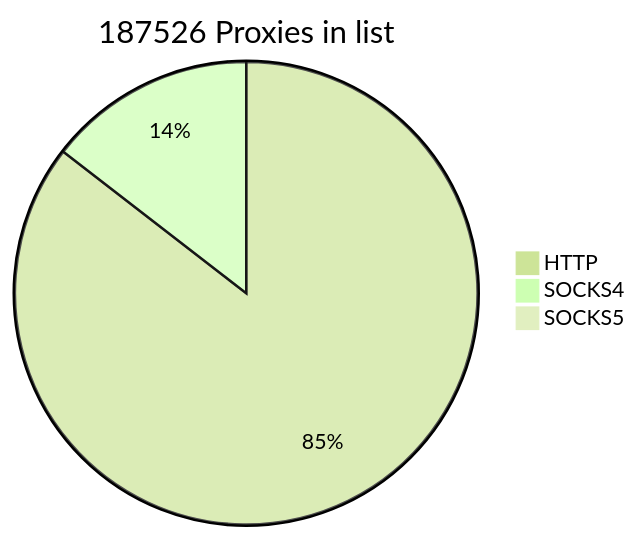
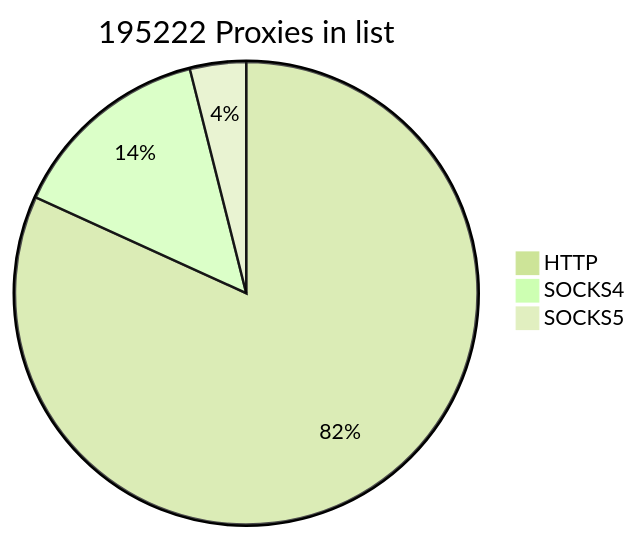
The first of 2 diagrams in README.md (cutipu/proxylist), drawn with Mermaid (forest theme) before and after one commit. The commit also changed other lines of this file, not shown here.

````diff
--- a/README.md
+++ b/README.md
@@ -2,7 +2,7 @@
 ```mermaid
-pie title 187526 Proxies in list
-    "HTTP" : 159669
-    "SOCKS4" : 27125
-    "SOCKS5" : 732
+pie title 195222 Proxies in list
+    "HTTP" : 159696
+    "SOCKS4" : 27869
+    "SOCKS5" : 7657
             
 ```
````
